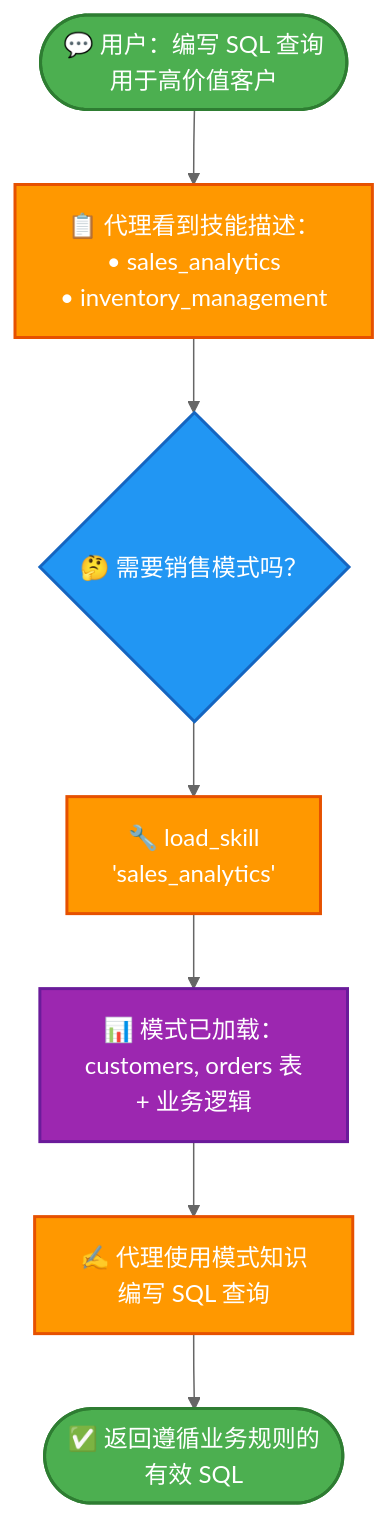
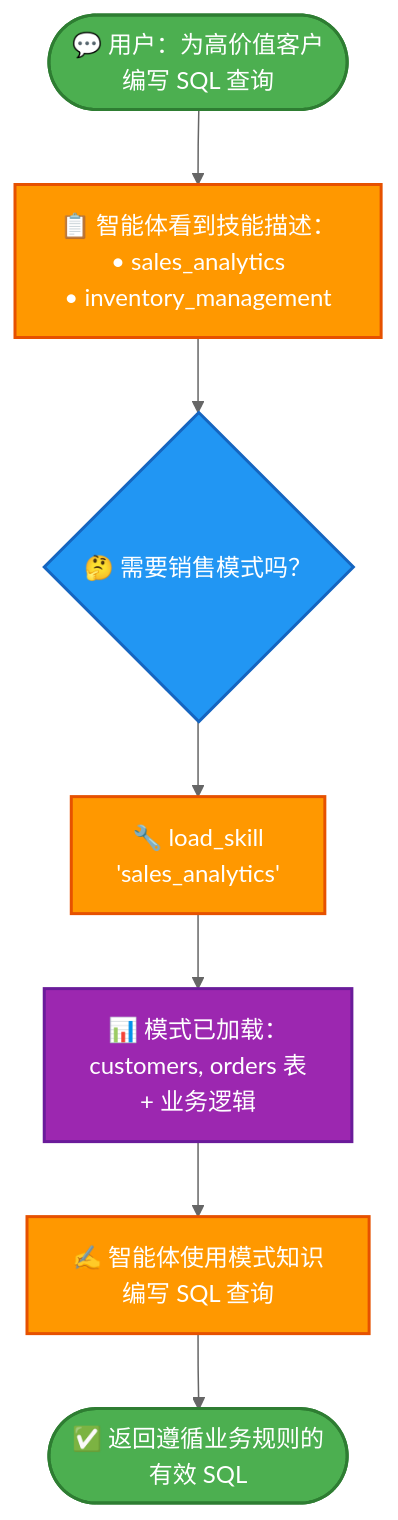
One commit to happyphper/langchain-docs-cn changed the diagram in docs/oss/javascript/langchain/multi-agent/skills-sql-assistant.md. Above: the diagram before and after it, drawn with Mermaid. The commit also changed other lines of this file and 2294 other files, not shown here.

````diff
--- a/docs/oss/javascript/langchain/multi-agent/skills-sql-assistant.md
+++ b/docs/oss/javascript/langchain/multi-agent/skills-sql-assistant.md
@@ -29,26 +29,26 @@
 ```mermaid
 %%{init: {'theme':'base', 'themeVariables': { 'primaryColor':'#4CAF50','primaryTextColor':'#fff','primaryBorderColor':'#2E7D32','lineColor':'#666','secondaryColor':'#FF9800','tertiaryColor':'#2196F3','tertiaryBorderColor':'#1565C0','tertiaryTextColor':'#fff'}}}%%
 flowchart TD
-    Start([💬 用户：编写 SQL 查询<br/>用于高价值客户]) --> SystemPrompt[📋 代理看到技能描述：<br/>• sales_analytics<br/>• inventory_management]
+    Start([💬 用户：为高价值客户<br/>编写 SQL 查询]) --> SystemPrompt[📋 智能体看到技能描述：<br/>• sales_analytics<br/>• inventory_management]
 
     SystemPrompt --> Decide{🤔 需要销售模式吗？}
 
     Decide --> LoadSkill[🔧 load_skill<br/>'sales_analytics']
 
     LoadSkill --> Schema[📊 模式已加载：<br/>customers, orders 表<br/>+ 业务逻辑]
 
-    Schema --> WriteQuery[✍️ 代理使用模式知识<br/>编写 SQL 查询]
+    Schema --> WriteQuery[✍️ 智能体使用模式知识<br/>编写 SQL 查询]
 
     WriteQuery --> Response([✅ 返回遵循业务规则的<br/>有效 SQL])
 
     %% Styling for light and dark modes
     classDef startEnd fill:#4CAF50,stroke:#2E7D32,stroke-width:2px,color:#fff
     classDef process fill:#FF9800,stroke:#E65100,stroke-width:2px,color:#fff
     classDef decision fill:#2196F3,stroke:#1565C0,stroke-width:2px,color:#fff
     classDef enrichment fill:#9C27B0,stroke:#6A1B9A,stroke-width:2px,color:#fff
 
     class Start,Response startEnd
     class SystemPrompt,LoadSkill,WriteQuery process
     class Decide decision
     class Schema enrichment
 ```
````
